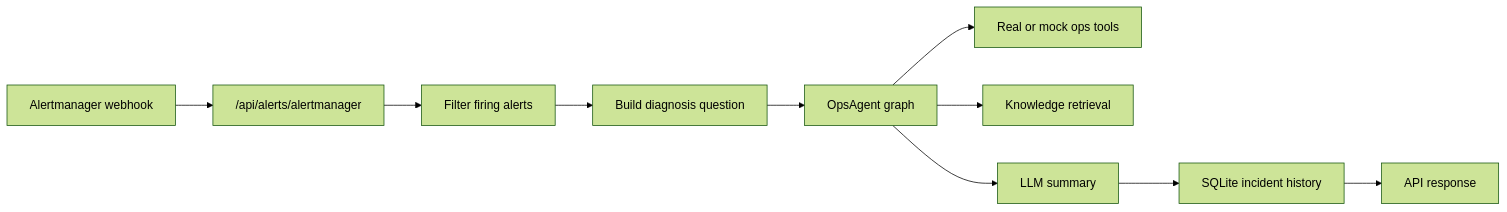
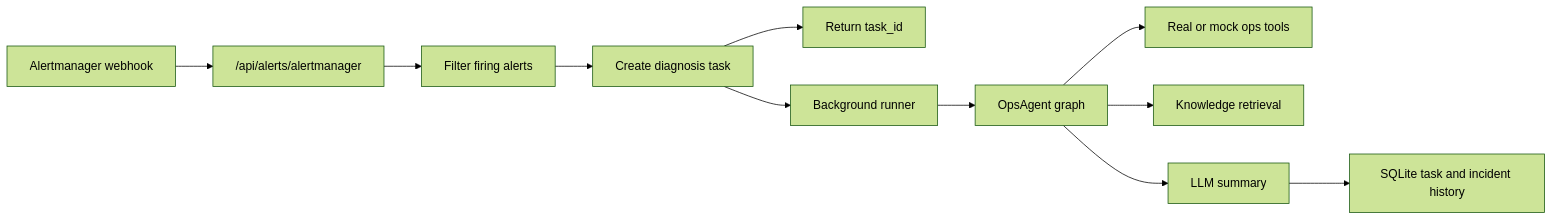
The diagram in docs/alert-webhook.md (AARK866/oncall-agent-python), drawn with Mermaid (forest theme) before and after one commit. The commit also changed other lines of this file and 12 other files, not shown here.

````diff
--- a/docs/alert-webhook.md
+++ b/docs/alert-webhook.md
@@ -60,12 +60,13 @@
 ```mermaid
 flowchart LR
     A["Alertmanager webhook"] --> B["/api/alerts/alertmanager"]
     B --> C["Filter firing alerts"]
-    C --> D["Build diagnosis question"]
-    D --> E["OpsAgent graph"]
-    E --> F["Real or mock ops tools"]
-    E --> G["Knowledge retrieval"]
-    E --> H["LLM summary"]
-    H --> I["SQLite incident history"]
-    I --> J["API response"]
+    C --> D["Create diagnosis task"]
+    D --> E["Return task_id"]
+    D --> F["Background runner"]
+    F --> G["OpsAgent graph"]
+    G --> H["Real or mock ops tools"]
+    G --> I["Knowledge retrieval"]
+    G --> J["LLM summary"]
+    J --> K["SQLite task and incident history"]
 ```
````
